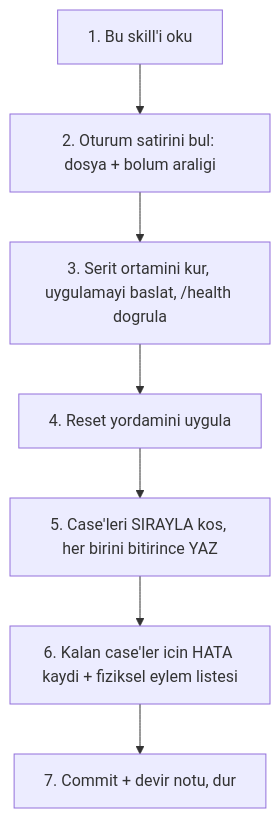
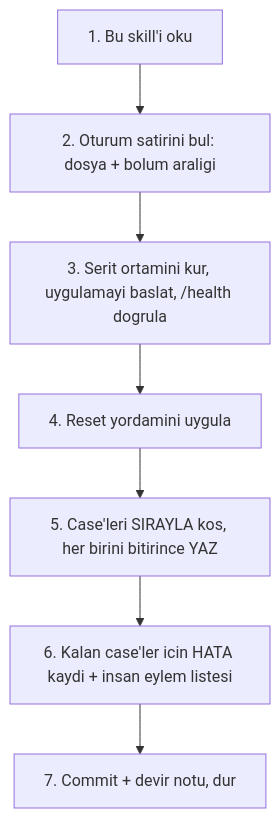
One commit to farukatasoy/Tracon changed the first of 2 diagrams in .agents/skills/manuel-test-kosumu/SKILL.md. Above: the diagram before and after it, drawn with Mermaid. The commit also changed other lines of this file and 14 other files, not shown here.

````diff
--- a/.agents/skills/manuel-test-kosumu/SKILL.md
+++ b/.agents/skills/manuel-test-kosumu/SKILL.md
@@ -140,9 +146,9 @@
 ```mermaid
 flowchart TD
     A["1. Bu skill'i oku"] --> B["2. Oturum satirini bul: dosya + bolum araligi"]
     B --> C["3. Serit ortamini kur, uygulamayi baslat, /health dogrula"]
     C --> D["4. Reset yordamini uygula"]
     D --> E["5. Case'leri SIRAYLA kos, her birini bitirince YAZ"]
-    E --> F["6. Kalan case'ler icin HATA kaydi + fiziksel eylem listesi"]
+    E --> F["6. Kalan case'ler icin HATA kaydi + insan eylem listesi"]
     F --> G["7. Commit + devir notu, dur"]
 ```
````
